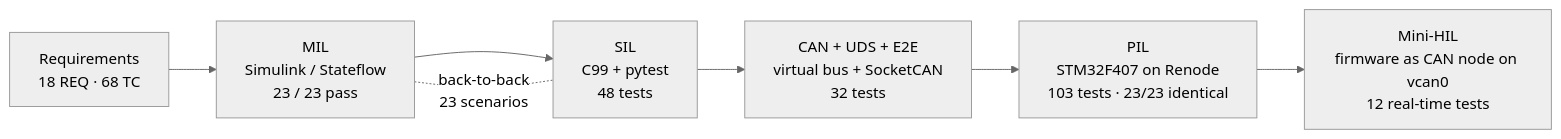
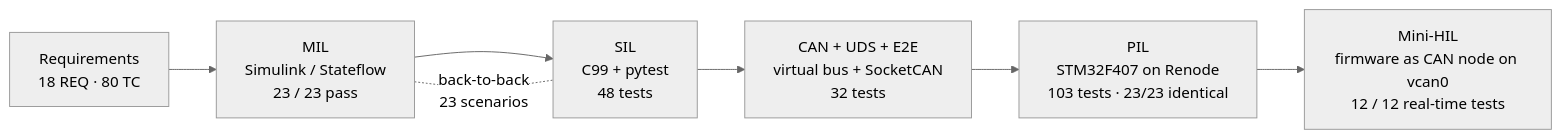
One commit to vivek123100/power-window-ecu-testing changed the diagram in README.md. Above: the diagram before and after it, drawn with Mermaid (neutral theme). The commit also changed other lines of this file, not shown here.

Commit message:
README polish: skills at a glance, honest PIL/HIL note, links to guides and reports

````diff
--- a/README.md
+++ b/README.md
@@ -24,9 +32,9 @@
 ```mermaid
 flowchart LR
-  REQ["Requirements<br/>18 REQ · 68 TC"] --> MIL["MIL<br/>Simulink / Stateflow<br/>23 / 23 pass"]
+  REQ["Requirements<br/>18 REQ · 80 TC"] --> MIL["MIL<br/>Simulink / Stateflow<br/>23 / 23 pass"]
   MIL --> SIL["SIL<br/>C99 + pytest<br/>48 tests"]
   MIL -. "back-to-back<br/>23 scenarios" .- SIL
   SIL --> CAN["CAN + UDS + E2E<br/>virtual bus + SocketCAN<br/>32 tests"]
   CAN --> PIL["PIL<br/>STM32F407 on Renode<br/>103 tests · 23/23 identical"]
-  PIL --> HIL["Mini-HIL<br/>firmware as CAN node on vcan0<br/>12 real-time tests"]
+  PIL --> HIL["Mini-HIL<br/>firmware as CAN node on vcan0<br/>12 / 12 real-time tests"]
 ```
````
